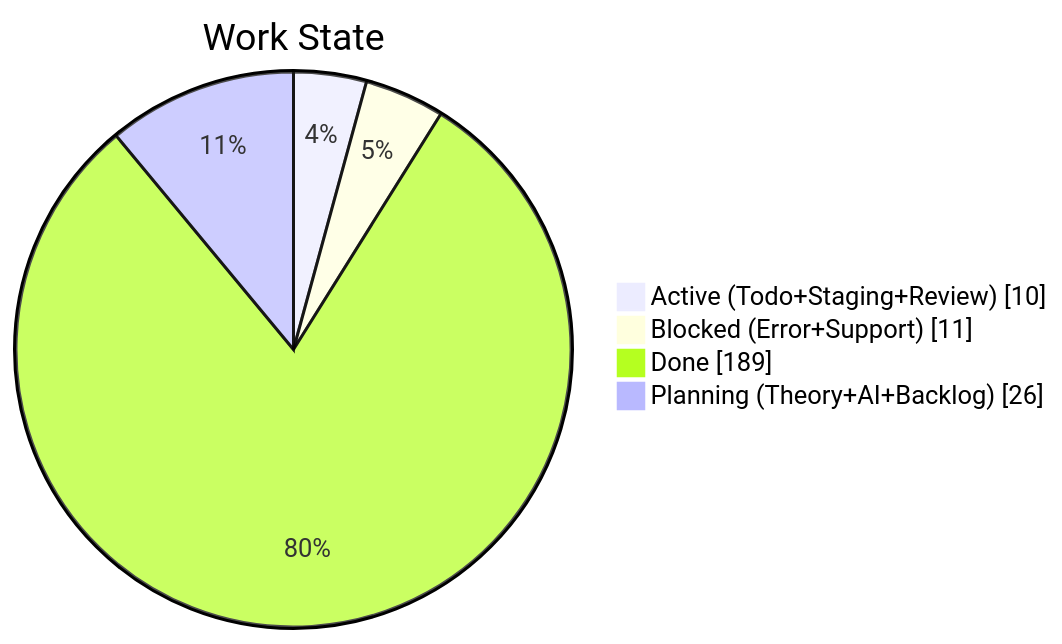
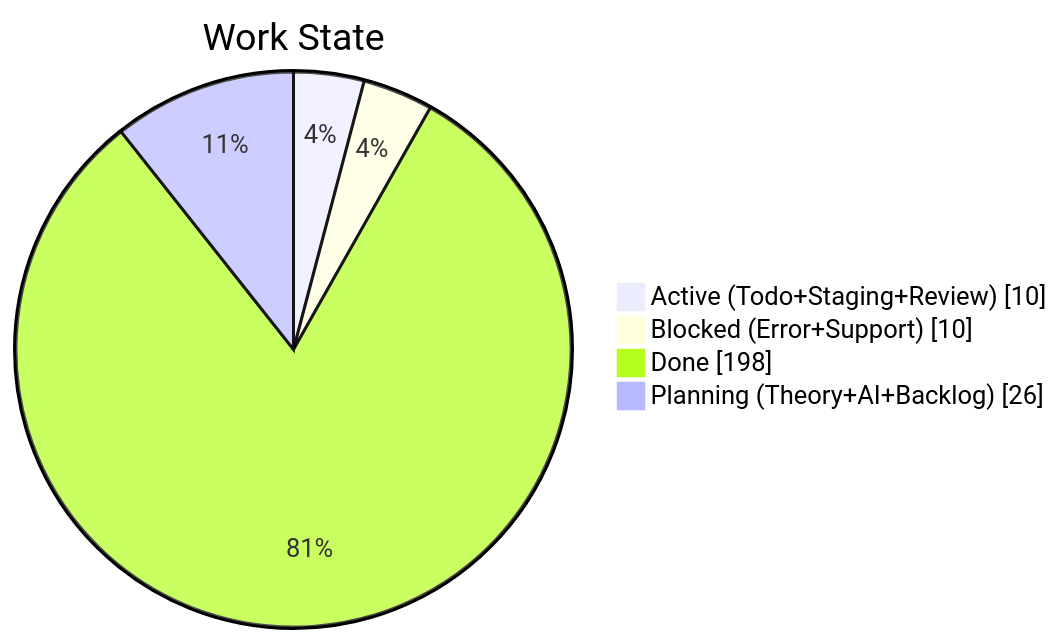
The second of 4 diagrams in apps/kbve/astro-kbve/src/content/docs/dashboard/kanban.mdx (KBVE/kbve), drawn with Mermaid before and after one commit. The commit also changed other lines of this file and 4 other files, not shown here.

````diff
--- a/apps/kbve/astro-kbve/src/content/docs/dashboard/kanban.mdx
+++ b/apps/kbve/astro-kbve/src/content/docs/dashboard/kanban.mdx
@@ -68,8 +68,8 @@
 ```mermaid
 pie showData
     title Work State
     "Active (Todo+Staging+Review)" : 10
-    "Blocked (Error+Support)" : 11
-    "Done" : 189
+    "Blocked (Error+Support)" : 10
+    "Done" : 198
     "Planning (Theory+AI+Backlog)" : 26
 ```
````
